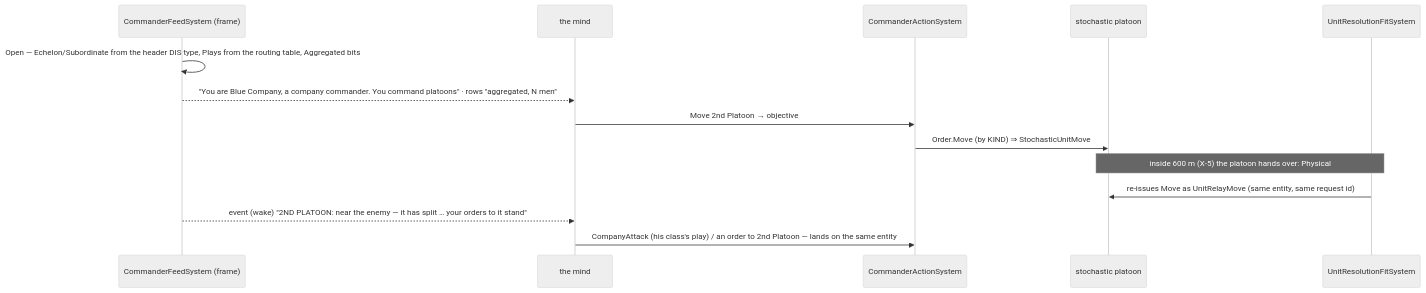
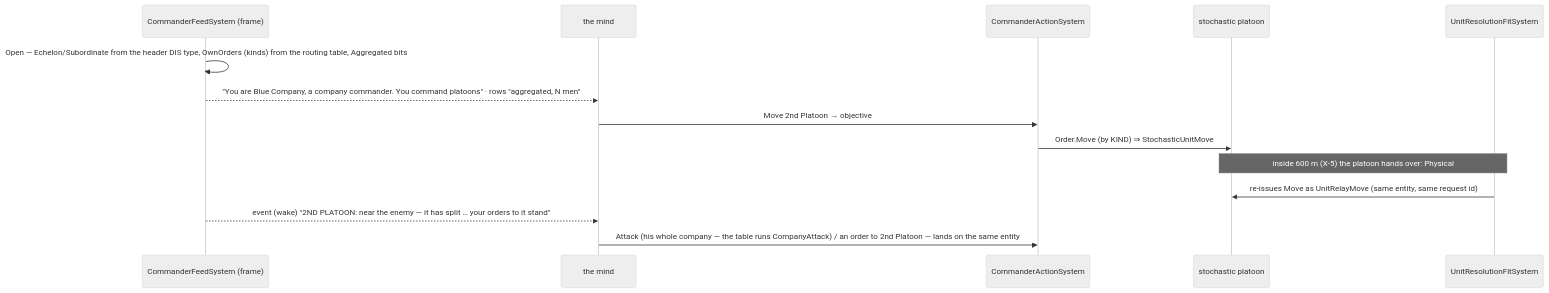
Before and after one commit to pjanec/HROT: diagram 12 of 12 in docs/designs/llm-commander/DESIGN_LLM_Commander.md, drawn with Mermaid (neutral theme). The commit also changed other lines of this file and 12 other files, not shown here.

First line of the commit message:
CE-4685: the commander seat gives its whole unit an ORDER KIND, never a behaviour name

````diff
--- a/docs/designs/llm-commander/DESIGN_LLM_Commander.md
+++ b/docs/designs/llm-commander/DESIGN_LLM_Commander.md
@@ -569,16 +570,16 @@
 ```mermaid
 sequenceDiagram
     participant F as CommanderFeedSystem (frame)
     participant M as the mind
     participant A as CommanderActionSystem
     participant P as stochastic platoon
     participant X as UnitResolutionFitSystem
-    F->>F: Open — Echelon/Subordinate from the header DIS type, Plays from the routing table, Aggregated bits
+    F->>F: Open — Echelon/Subordinate from the header DIS type, OwnOrders (kinds) from the routing table, Aggregated bits
     F-->>M: "You are Blue Company, a company commander. You command platoons" · rows "aggregated, N men"
     M->>A: Move 2nd Platoon → objective
     A->>P: Order.Move (by KIND) ⇒ StochasticUnitMove
     Note over P,X: inside 600 m (X-5) the platoon hands over: Physical
     X->>P: re-issues Move as UnitRelayMove (same entity, same request id)
     F-->>M: event (wake) "2ND PLATOON: near the enemy — it has split … your orders to it stand"
-    M->>A: CompanyAttack (his class's play) / an order to 2nd Platoon — lands on the same entity
+    M->>A: Attack (his whole company — the table runs CompanyAttack) / an order to 2nd Platoon — lands on the same entity
 ```
````
